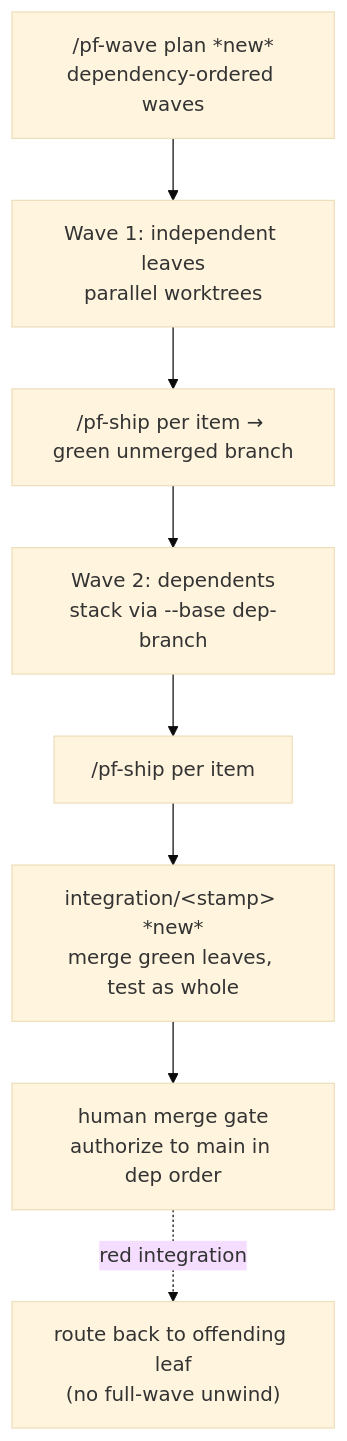
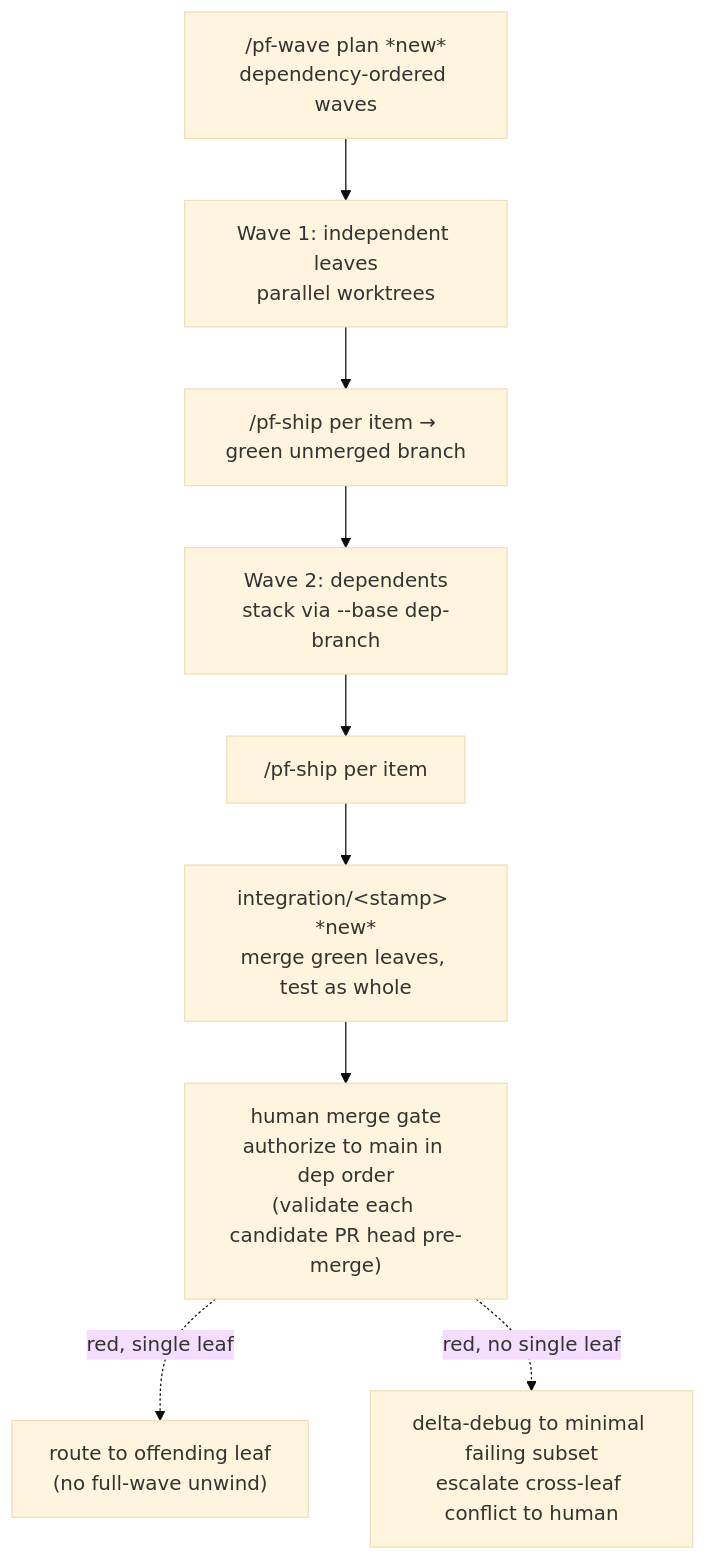
Before and after one commit to grdavies/shipwright: the second of 2 diagrams in docs/plans/2026-06-23-006-feat-dev-cycle-standard-gaps-plan.md, drawn with Mermaid (base theme). The commit also changed other lines of this file, not shown here.

````diff
--- a/docs/plans/2026-06-23-006-feat-dev-cycle-standard-gaps-plan.md
+++ b/docs/plans/2026-06-23-006-feat-dev-cycle-standard-gaps-plan.md
@@ -88,10 +92,11 @@
 ```mermaid
 flowchart TB
   PLAN["/pf-wave plan *new*<br/>dependency-ordered waves"] --> W1["Wave 1: independent leaves<br/>parallel worktrees"]
   W1 --> SHIP1["/pf-ship per item → green unmerged branch"]
   SHIP1 --> W2["Wave 2: dependents<br/>stack via --base dep-branch"]
   W2 --> SHIP2["/pf-ship per item"]
   SHIP2 --> INT["integration/&lt;stamp&gt; *new*<br/>merge green leaves, test as whole"]
-  INT --> GATE["human merge gate<br/>authorize to main in dep order"]
-  GATE -. red integration .-> ROUTE["route back to offending leaf<br/>(no full-wave unwind)"]
+  INT --> GATE["human merge gate<br/>authorize to main in dep order<br/>(validate each candidate PR head pre-merge)"]
+  GATE -. red, single leaf .-> ROUTE["route to offending leaf<br/>(no full-wave unwind)"]
+  GATE -. red, no single leaf .-> EMERGENT["delta-debug to minimal failing subset<br/>escalate cross-leaf conflict to human"]
 ```
````
